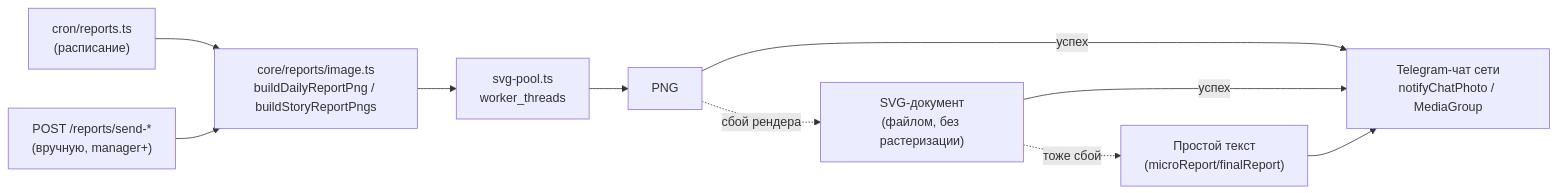
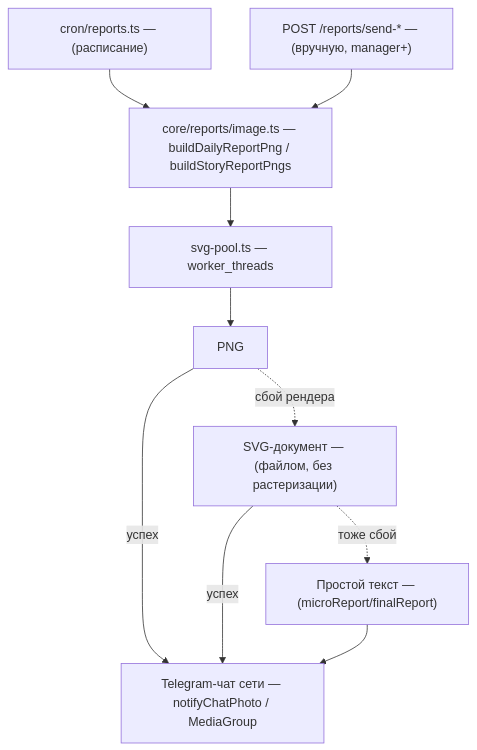
One commit to JustT1MExGOD/tele2-app changed the diagram in docs/REPORT_IMAGE.md. Above: the diagram before and after it, drawn with Mermaid. The commit also changed other lines of this file and 54 other files, not shown here.

````diff
--- a/docs/REPORT_IMAGE.md
+++ b/docs/REPORT_IMAGE.md
@@ -29,12 +39,12 @@
 ```mermaid
-flowchart LR
-    CRON["cron/reports.ts<br/>(расписание)"] --> IMG
-    ROUTE["POST /reports/send-*<br/>(вручную, manager+)"] --> IMG
-    IMG["core/reports/image.ts<br/>buildDailyReportPng / buildStoryReportPngs"] --> POOL["svg-pool.ts<br/>worker_threads"]
+flowchart TB
+    CRON["cron/reports.ts — (расписание)"] --> IMG
+    ROUTE["POST /reports/send-* — (вручную, manager+)"] --> IMG
+    IMG["core/reports/image.ts — buildDailyReportPng / buildStoryReportPngs"] --> POOL["svg-pool.ts — worker_threads"]
     POOL --> PNG["PNG"]
-    PNG -->|успех| CHAT["Telegram-чат сети<br/>notifyChatPhoto / MediaGroup"]
-    PNG -.->|сбой рендера| SVG["SVG-документ<br/>(файлом, без растеризации)"]
-    SVG -.->|тоже сбой| TEXT["Простой текст<br/>(microReport/finalReport)"]
+    PNG -->|успех| CHAT["Telegram-чат сети — notifyChatPhoto / MediaGroup"]
+    PNG -.->|сбой рендера| SVG["SVG-документ — (файлом, без растеризации)"]
+    SVG -.->|тоже сбой| TEXT["Простой текст — (microReport/finalReport)"]
     SVG -->|успех| CHAT
     TEXT --> CHAT
 ```
````
